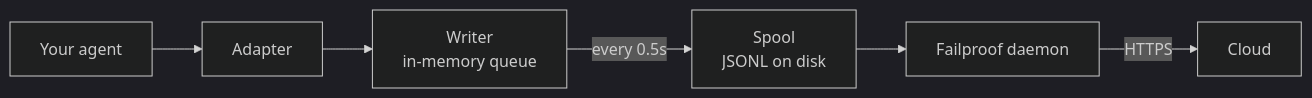
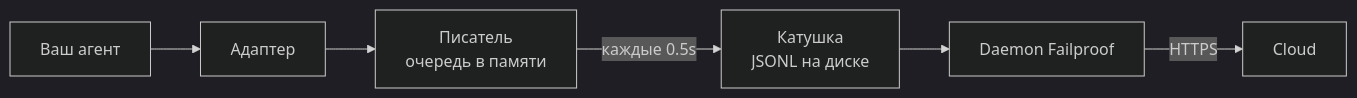
The second of 2 diagrams in docs/ru/start/integrations/custom-agents.mdx (FailproofAI/failproofai), drawn with Mermaid (dark theme) before and after one commit. The commit also changed other lines of this file and 13 other files, not shown here.

````diff
--- a/docs/ru/start/integrations/custom-agents.mdx
+++ b/docs/ru/start/integrations/custom-agents.mdx
@@ -615,8 +615,8 @@
 ```mermaid
 flowchart LR
-    A["Your agent"] --> B["Adapter"]
-    B --> C["Writer<br/>in-memory queue"]
-    C -->|"every 0.5s"| D["Spool<br/>JSONL on disk"]
-    D --> E["Failproof daemon"]
+    A["Ваш агент"] --> B["Адаптер"]
+    B --> C["Писатель<br/>очередь в памяти"]
+    C -->|"каждые 0.5s"| D["Катушка<br/>JSONL на диске"]
+    D --> E["Daemon Failproof"]
     E -->|"HTTPS"| F["Cloud"]
 ```
````
